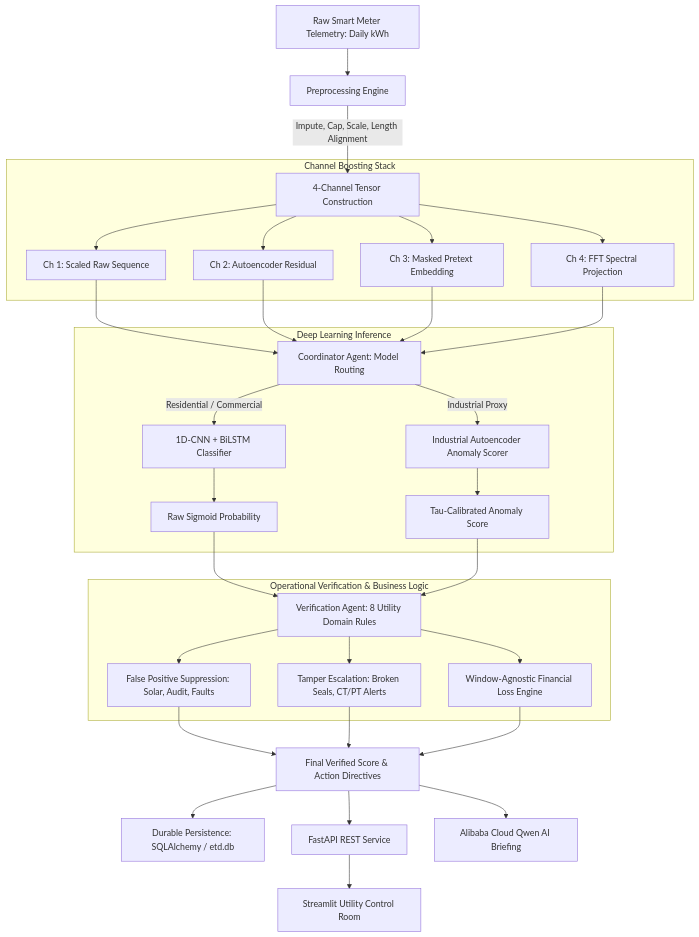
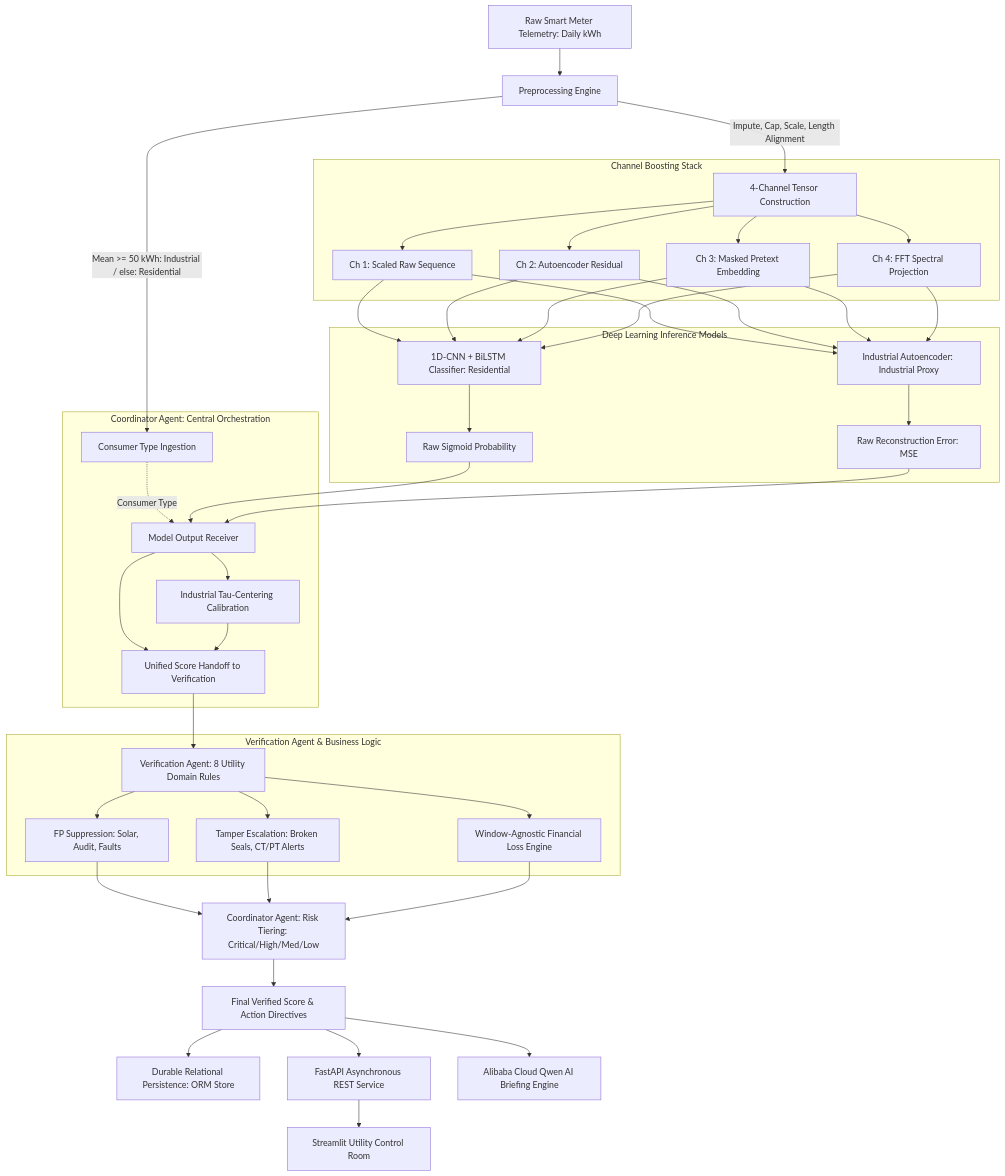
One commit to Hashwar-11/Hackathon-AliCloud changed the diagram in HACKATHON_PROJECT_REPORT.md. Above: the diagram before and after it, drawn with Mermaid. The commit also changed other lines of this file and 6 other files, not shown here.

````diff
--- a/HACKATHON_PROJECT_REPORT.md
+++ b/HACKATHON_PROJECT_REPORT.md
@@ -128,35 +69,42 @@
 ```mermaid
 flowchart TD
     A[Raw Smart Meter Telemetry: Daily kWh] --> B[Preprocessing Engine]
+    B -->|Mean >= 50 kWh: Industrial / else: Residential| B1[Consumer Type Ingestion]
     B -->|Impute, Cap, Scale, Length Alignment| C[4-Channel Tensor Construction]
     
     subgraph S1 [Channel Boosting Stack]
         C --> D1[Ch 1: Scaled Raw Sequence]
         C --> D2[Ch 2: Autoencoder Residual]
         C --> D3[Ch 3: Masked Pretext Embedding]
         C --> D4[Ch 4: FFT Spectral Projection]
     end
     
-    D1 & D2 & D3 & D4 --> E[Coordinator Agent: Model Routing]
-    
-    subgraph S2 [Deep Learning Inference]
-        E -->|Residential / Commercial| F1[1D-CNN + BiLSTM Classifier]
-        E -->|Industrial Proxy| F2[Industrial Autoencoder Anomaly Scorer]
+    subgraph S2 [Deep Learning Inference Models]
+        D1 & D2 & D3 & D4 --> F1[1D-CNN + BiLSTM Classifier: Residential]
+        D1 & D2 & D3 & D4 --> F2[Industrial Autoencoder: Industrial Proxy]
         F1 --> G1[Raw Sigmoid Probability]
-        F2 --> G2[Tau-Calibrated Anomaly Score]
+        F2 --> G2[Raw Reconstruction Error: MSE]
     end
     
-    G1 & G2 --> H[Verification Agent: 8 Utility Domain Rules]
-    
-    subgraph S3 [Operational Verification & Business Logic]
-        H --> I1[False Positive Suppression: Solar, Audit, Faults]
-        H --> I2[Tamper Escalation: Broken Seals, CT/PT Alerts]
-        H --> I3[Window-Agnostic Financial Loss Engine]
+    subgraph S3 [Coordinator Agent: Central Orchestration]
+        B1 -.->|Consumer Type| H1[Model Output Receiver]
+        G1 & G2 --> H1
+        H1 --> H2[Industrial Tau-Centering Calibration]
+        H1 & H2 --> H3[Unified Score Handoff to Verification]
     end
     
-    I1 & I2 & I3 --> J[Final Verified Score & Action Directives]
-    J --> K[Durable Persistence: SQLAlchemy / etd.db]
-    J --> L[FastAPI REST Service]
-    J --> M[Alibaba Cloud Qwen AI Briefing]
+    subgraph S4 [Verification Agent & Business Logic]
+        H3 --> V1[Verification Agent: 8 Utility Domain Rules]
+        V1 --> I1[FP Suppression: Solar, Audit, Faults]
+        V1 --> I2[Tamper Escalation: Broken Seals, CT/PT Alerts]
+        V1 --> I3[Window-Agnostic Financial Loss Engine]
+    end
+    
+    I1 & I2 & I3 --> K1[Coordinator Agent: Risk Tiering: Critical/High/Med/Low]
+    K1 --> J[Final Verified Score & Action Directives]
+    
+    J --> K[Durable Relational Persistence: ORM Store]
+    J --> L[FastAPI Asynchronous REST Service]
+    J --> M[Alibaba Cloud Qwen AI Briefing Engine]
     L --> N[Streamlit Utility Control Room]
 ```
````
